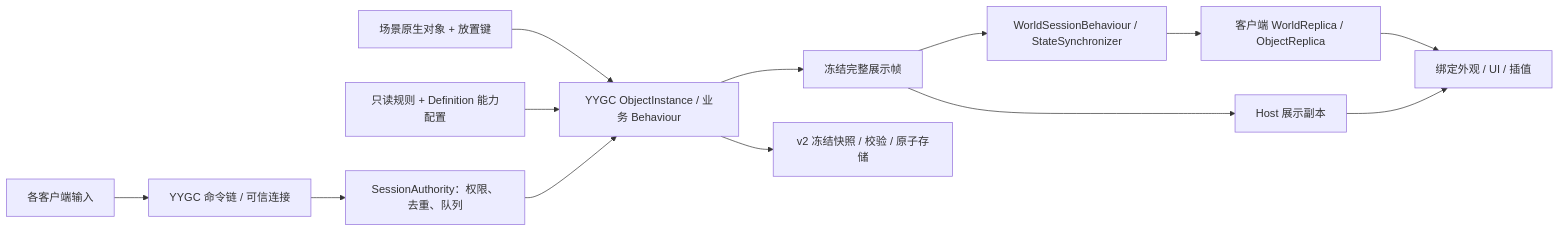
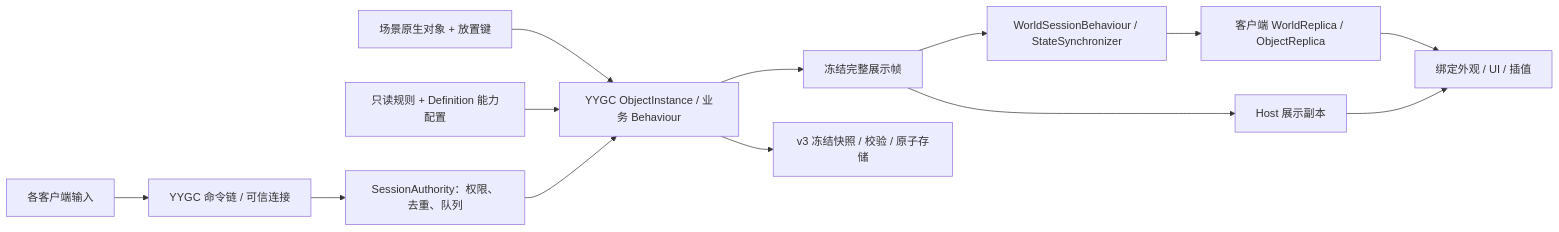
One commit to surgame/dark-night-unity changed the diagram in docs/ARCHITECTURE.md. Above: the diagram before and after it, drawn with Mermaid. The commit also changed other lines of this file and 205 other files, not shown here.

````diff
--- a/docs/ARCHITECTURE.md
+++ b/docs/ARCHITECTURE.md
@@ -30,15 +32,15 @@
 ```mermaid
 flowchart LR
     Scene["场景原生对象 + 放置键"] --> Objects["YYGC ObjectInstance / 业务 Behaviour"]
     Config["只读规则 + Definition 能力配置"] --> Objects
     Input["各客户端输入"] --> Gate["YYGC 命令链 / 可信连接"]
     Gate --> Authority["SessionAuthority：权限、去重、队列"]
     Authority --> Objects
     Objects --> Projection["冻结完整展示帧"]
     Projection --> Network["WorldSessionBehaviour / StateSynchronizer"]
     Network --> Replica["客户端 WorldReplica / ObjectReplica"]
     Projection --> Host["Host 展示副本"]
     Replica --> View["绑定外观 / UI / 插值"]
     Host --> View
-    Objects --> Save["v2 冻结快照 / 校验 / 原子存储"]
+    Objects --> Save["v3 冻结快照 / 校验 / 原子存储"]
 ```
````
